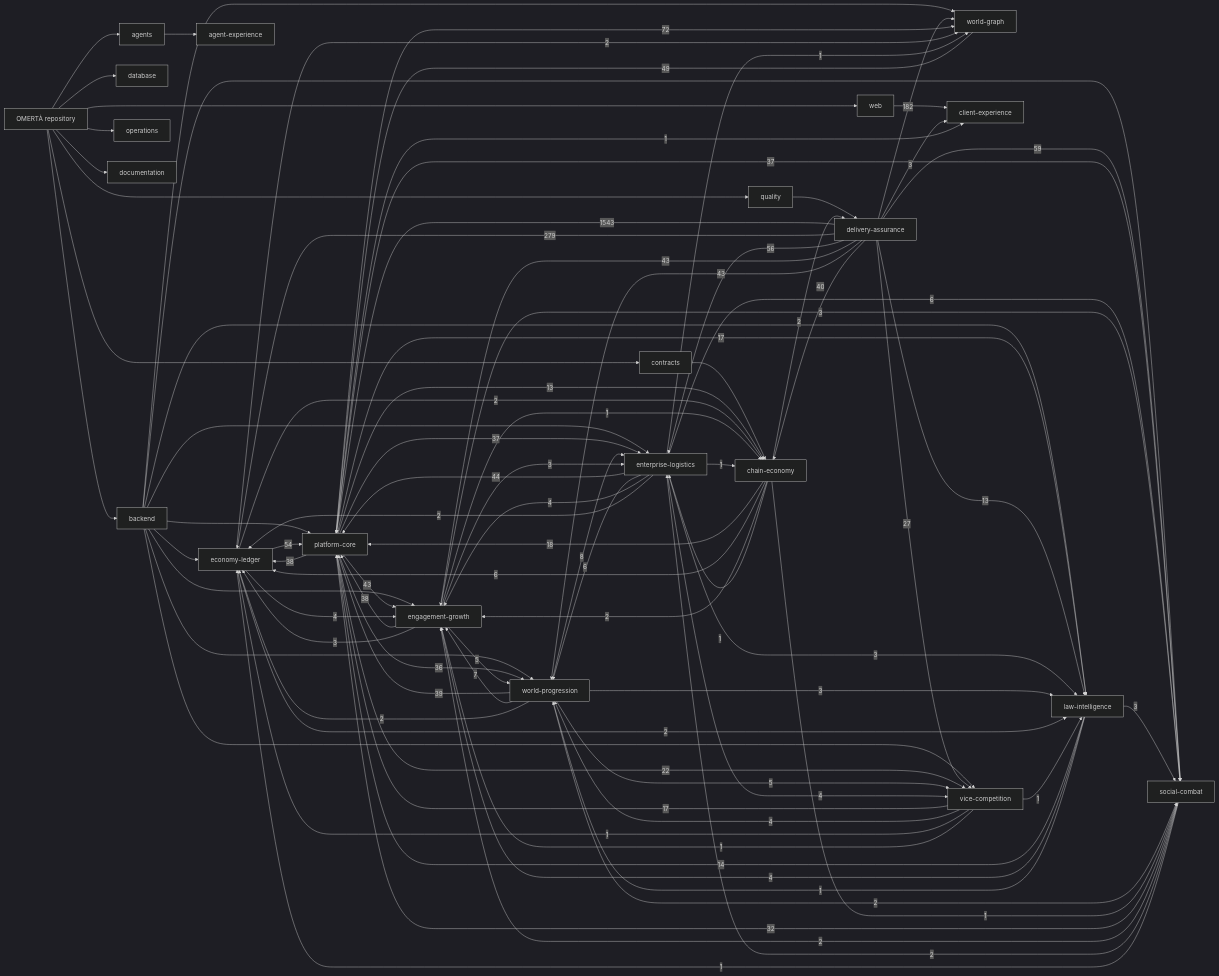
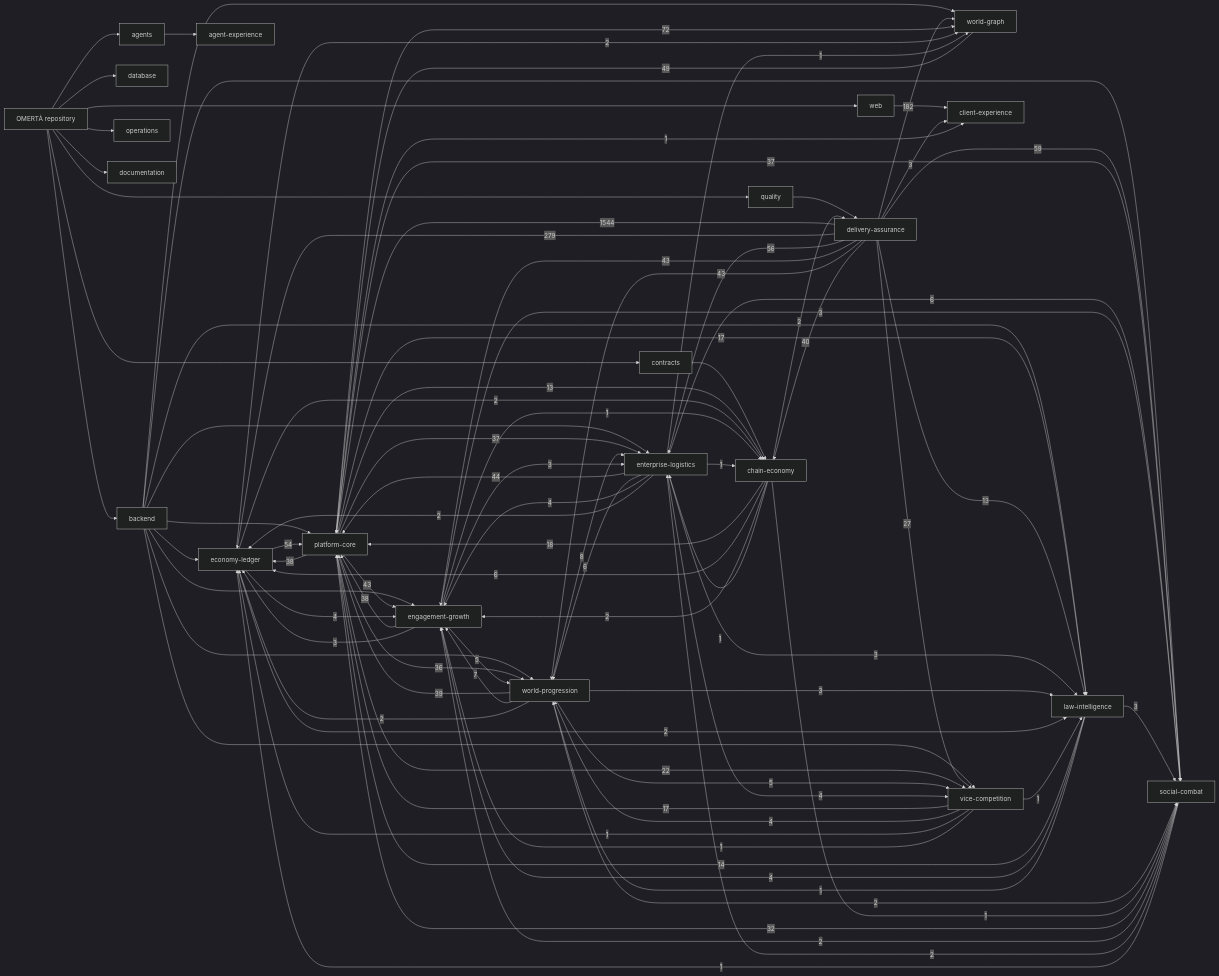
Before and after one commit to OmertaDev/Omerta: the diagram in knowledge/generated/graph.mmd, drawn with Mermaid (dark theme). The commit also changed 6 other files, not shown here.

```diff
--- a/knowledge/generated/graph.mmd
+++ b/knowledge/generated/graph.mmd
@@ -1,112 +1,112 @@
 flowchart LR
   repo["OMERTÀ repository"]
   sub_backend["backend"]
   repo --> sub_backend
   sub_database["database"]
   repo --> sub_database
   sub_web["web"]
   repo --> sub_web
   sub_contracts["contracts"]
   repo --> sub_contracts
   sub_agents["agents"]
   repo --> sub_agents
   sub_quality["quality"]
   repo --> sub_quality
   sub_operations["operations"]
   repo --> sub_operations
   sub_documentation["documentation"]
   repo --> sub_documentation
   dom_platform-core["platform-core"]
   dom_economy-ledger["economy-ledger"]
   dom_social-combat["social-combat"]
   dom_world-progression["world-progression"]
   dom_world-graph["world-graph"]
   dom_enterprise-logistics["enterprise-logistics"]
   dom_vice-competition["vice-competition"]
   dom_law-intelligence["law-intelligence"]
   dom_chain-economy["chain-economy"]
   dom_engagement-growth["engagement-growth"]
   dom_client-experience["client-experience"]
   dom_agent-experience["agent-experience"]
   dom_delivery-assurance["delivery-assurance"]
   sub_agents --> dom_agent-experience
   sub_backend --> dom_economy-ledger
   sub_backend --> dom_engagement-growth
   sub_backend --> dom_enterprise-logistics
   sub_backend --> dom_law-intelligence
   sub_backend --> dom_platform-core
   sub_backend --> dom_social-combat
   sub_backend --> dom_vice-competition
   sub_backend --> dom_world-graph
   sub_backend --> dom_world-progression
   sub_contracts --> dom_chain-economy
   sub_quality --> dom_delivery-assurance
   sub_web --> dom_client-experience
-  dom_delivery-assurance -->|1543| dom_platform-core
+  dom_delivery-assurance -->|1544| dom_platform-core
   dom_delivery-assurance -->|279| dom_economy-ledger
   dom_delivery-assurance -->|182| dom_world-graph
   dom_platform-core -->|72| dom_world-graph
   dom_delivery-assurance -->|59| dom_social-combat
   dom_delivery-assurance -->|56| dom_enterprise-logistics
   dom_economy-ledger -->|54| dom_platform-core
   dom_world-graph -->|49| dom_platform-core
   dom_enterprise-logistics -->|44| dom_platform-core
   dom_delivery-assurance -->|43| dom_engagement-growth
   dom_delivery-assurance -->|43| dom_world-progression
   dom_platform-core -->|43| dom_engagement-growth
   dom_delivery-assurance -->|40| dom_chain-economy
   dom_world-progression -->|39| dom_platform-core
   dom_engagement-growth -->|38| dom_platform-core
   dom_platform-core -->|38| dom_economy-ledger
   dom_platform-core -->|37| dom_enterprise-logistics
   dom_platform-core -->|37| dom_social-combat
   dom_platform-core -->|36| dom_world-progression
   dom_social-combat -->|32| dom_platform-core
   dom_delivery-assurance -->|27| dom_vice-competition
   dom_platform-core -->|22| dom_vice-competition
   dom_chain-economy -->|18| dom_platform-core
   dom_platform-core -->|17| dom_law-intelligence
   dom_vice-competition -->|17| dom_platform-core
   dom_law-intelligence -->|14| dom_platform-core
   dom_delivery-assurance -->|13| dom_law-intelligence
   dom_platform-core -->|13| dom_chain-economy
   dom_world-progression -->|8| dom_enterprise-logistics
   dom_world-progression -->|7| dom_engagement-growth
   dom_chain-economy -->|6| dom_economy-ledger
   dom_enterprise-logistics -->|6| dom_social-combat
   dom_enterprise-logistics -->|6| dom_world-progression
   dom_engagement-growth -->|5| dom_world-progression
   dom_world-progression -->|5| dom_vice-competition
   dom_economy-ledger -->|4| dom_engagement-growth
   dom_enterprise-logistics -->|4| dom_engagement-growth
   dom_enterprise-logistics -->|4| dom_vice-competition
   dom_law-intelligence -->|4| dom_engagement-growth
   dom_vice-competition -->|4| dom_world-progression
   dom_delivery-assurance -->|3| dom_client-experience
   dom_engagement-growth -->|3| dom_economy-ledger
   dom_engagement-growth -->|3| dom_enterprise-logistics
   dom_engagement-growth -->|3| dom_social-combat
   dom_enterprise-logistics -->|3| dom_law-intelligence
   dom_law-intelligence -->|3| dom_social-combat
   dom_world-progression -->|3| dom_law-intelligence
   dom_chain-economy -->|2| dom_delivery-assurance
   dom_chain-economy -->|2| dom_engagement-growth
   dom_economy-ledger -->|2| dom_chain-economy
   dom_economy-ledger -->|2| dom_law-intelligence
   dom_economy-ledger -->|2| dom_world-graph
   dom_enterprise-logistics -->|2| dom_economy-ledger
   dom_social-combat -->|2| dom_engagement-growth
   dom_social-combat -->|2| dom_enterprise-logistics
   dom_world-progression -->|2| dom_economy-ledger
   dom_world-progression -->|2| dom_social-combat
   dom_chain-economy -->|1| dom_enterprise-logistics
   dom_chain-economy -->|1| dom_social-combat
   dom_engagement-growth -->|1| dom_chain-economy
   dom_enterprise-logistics -->|1| dom_chain-economy
   dom_enterprise-logistics -->|1| dom_world-graph
   dom_law-intelligence -->|1| dom_world-progression
   dom_platform-core -->|1| dom_client-experience
   dom_social-combat -->|1| dom_economy-ledger
   dom_vice-competition -->|1| dom_economy-ledger
   dom_vice-competition -->|1| dom_engagement-growth
   dom_vice-competition -->|1| dom_law-intelligence
```
